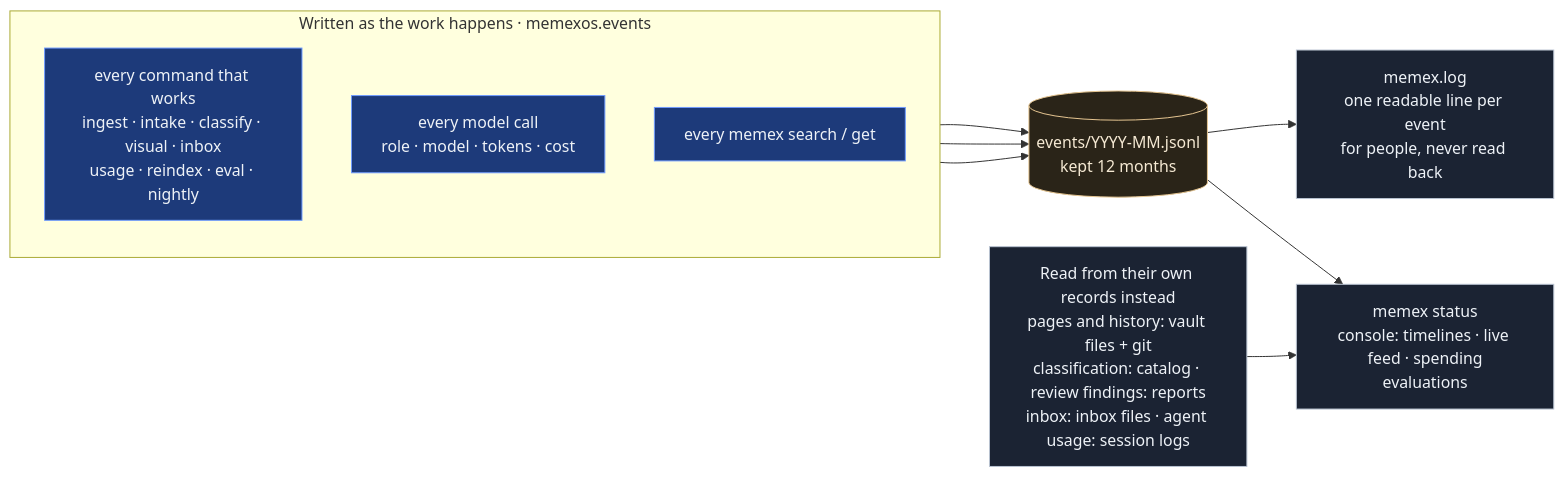
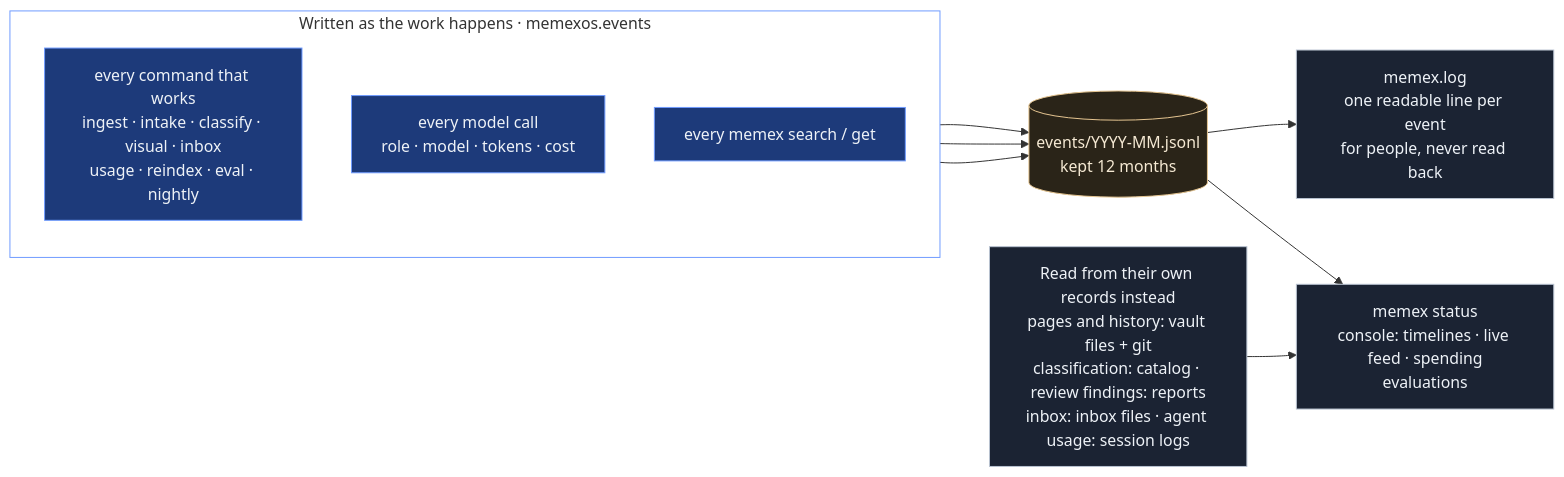
Before and after one commit to liushengyu/memexos: the second of 3 diagrams in docs/architecture.md, drawn with Mermaid. The commit also changed other lines of this file and 2 other files, not shown here.

Commit message:
Diagrams: transparent group backgrounds so they read the same in GitHub's light and dark themes

````diff
--- a/docs/architecture.md
+++ b/docs/architecture.md
@@ -167,25 +171,26 @@
 ```mermaid
 flowchart LR
   classDef w fill:#1d3a7a,stroke:#6f9bff,color:#eef2f7
   classDef s fill:#2a2418,stroke:#e7c792,color:#f5e9d3
   classDef v fill:#1b2333,stroke:#b9c3d1,color:#eef2f7
 
   subgraph WRITERS["Written as the work happens · memexos.events"]
     direction TB
     CMD["every command that works<br/>ingest · intake · classify · visual · inbox<br/>usage · reindex · eval · nightly"]:::w
     CALL["every model call<br/>role · model · tokens · cost"]:::w
     READ["every memex search / get"]:::w
   end
 
   LOG[("events/YYYY-MM.jsonl<br/>kept 12 months")]:::s
   TXT["memex.log<br/>one readable line per event<br/>for people, never read back"]:::v
   VIEWS["memex status<br/>console: timelines · live feed · spending<br/>evaluations"]:::v
   OWN["Read from their own records instead<br/>pages and history: vault files + git<br/>classification: catalog · review findings: reports<br/>inbox: inbox files · agent usage: session logs"]:::v
 
   CMD --> LOG
   CALL --> LOG
   READ --> LOG
   LOG --> TXT
   LOG --> VIEWS
   OWN --> VIEWS
+  style WRITERS fill:none,stroke:#6f9bff,stroke-width:1px
 ```
````
